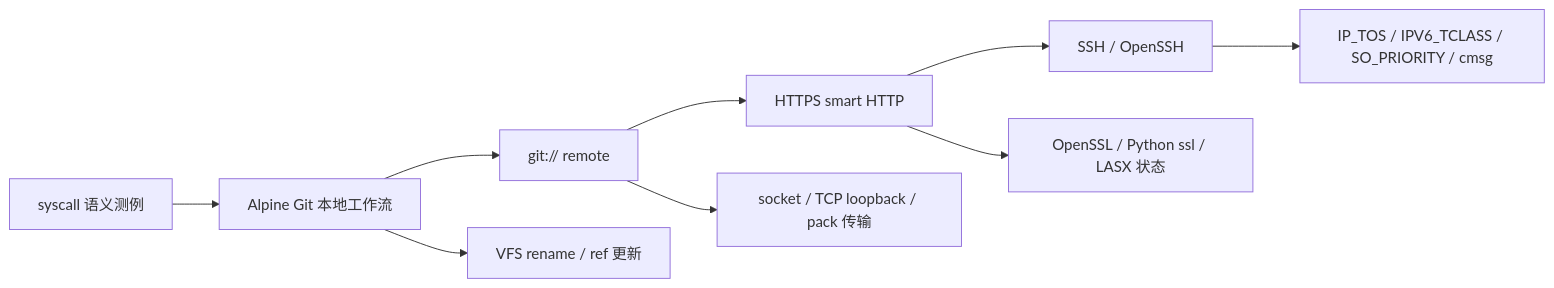
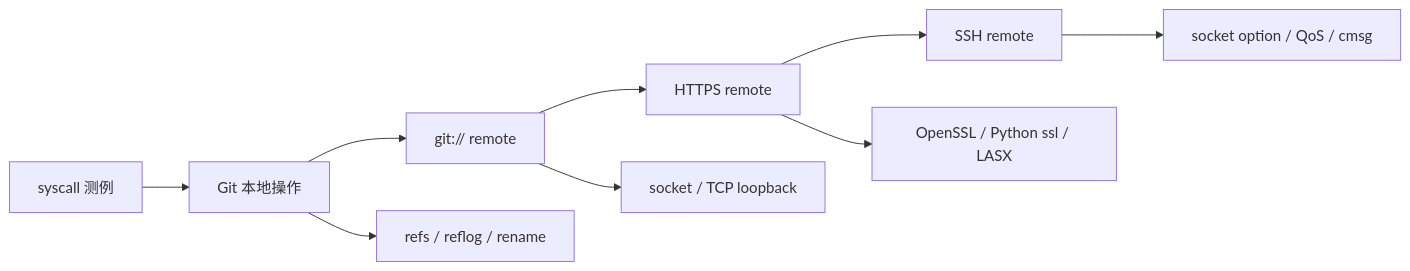
Before and after one commit to Utopia-V/tgoskits: the diagram in source/_posts/20260627-Utopia-V-以Git为牵引的StarryOS-Linux兼容性改进.md, drawn with Mermaid. The commit also changed other lines of this file and 2 other files, not shown here.

````diff
--- a/source/_posts/20260627-Utopia-V-以Git为牵引的StarryOS-Linux兼容性改进.md
+++ b/source/_posts/20260627-Utopia-V-以Git为牵引的StarryOS-Linux兼容性改进.md
@@ -34,12 +34,12 @@
 ```mermaid
 flowchart LR
-    A[syscall 语义测例] --> B[Alpine Git 本地工作流]
+    A[syscall 测例] --> B[Git 本地操作]
     B --> C[git:// remote]
-    C --> D[HTTPS smart HTTP]
-    D --> E[SSH / OpenSSH]
+    C --> D[HTTPS remote]
+    D --> E[SSH remote]
 
-    B --> B1[VFS rename / ref 更新]
-    C --> C1[socket / TCP loopback / pack 传输]
-    D --> D1[OpenSSL / Python ssl / LASX 状态]
-    E --> E1[IP_TOS / IPV6_TCLASS / SO_PRIORITY / cmsg]
+    B --> B1[refs / reflog / rename]
+    C --> C1[socket / TCP loopback]
+    D --> D1[OpenSSL / Python ssl / LASX]
+    E --> E1[socket option / QoS / cmsg]
 ```
````
